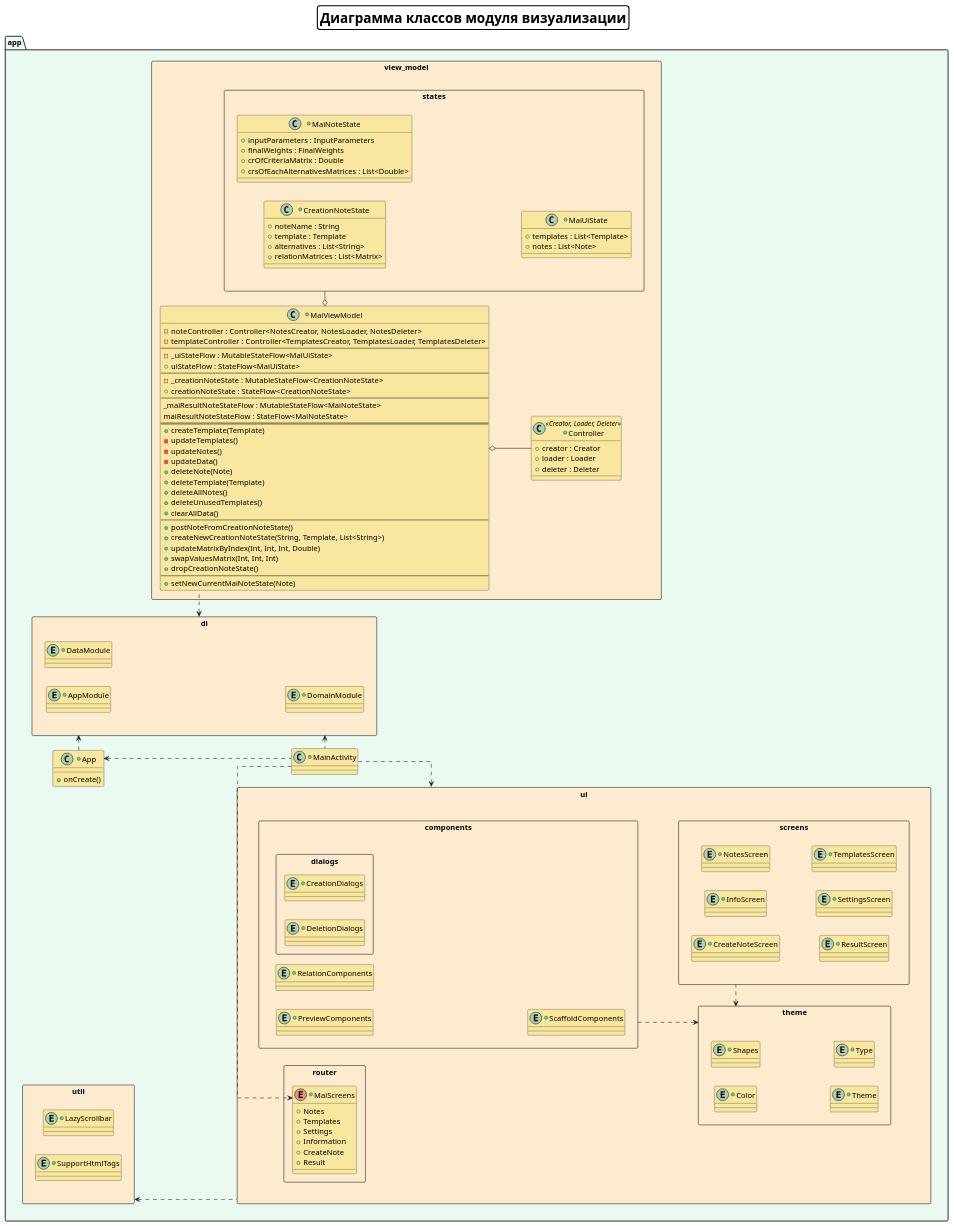
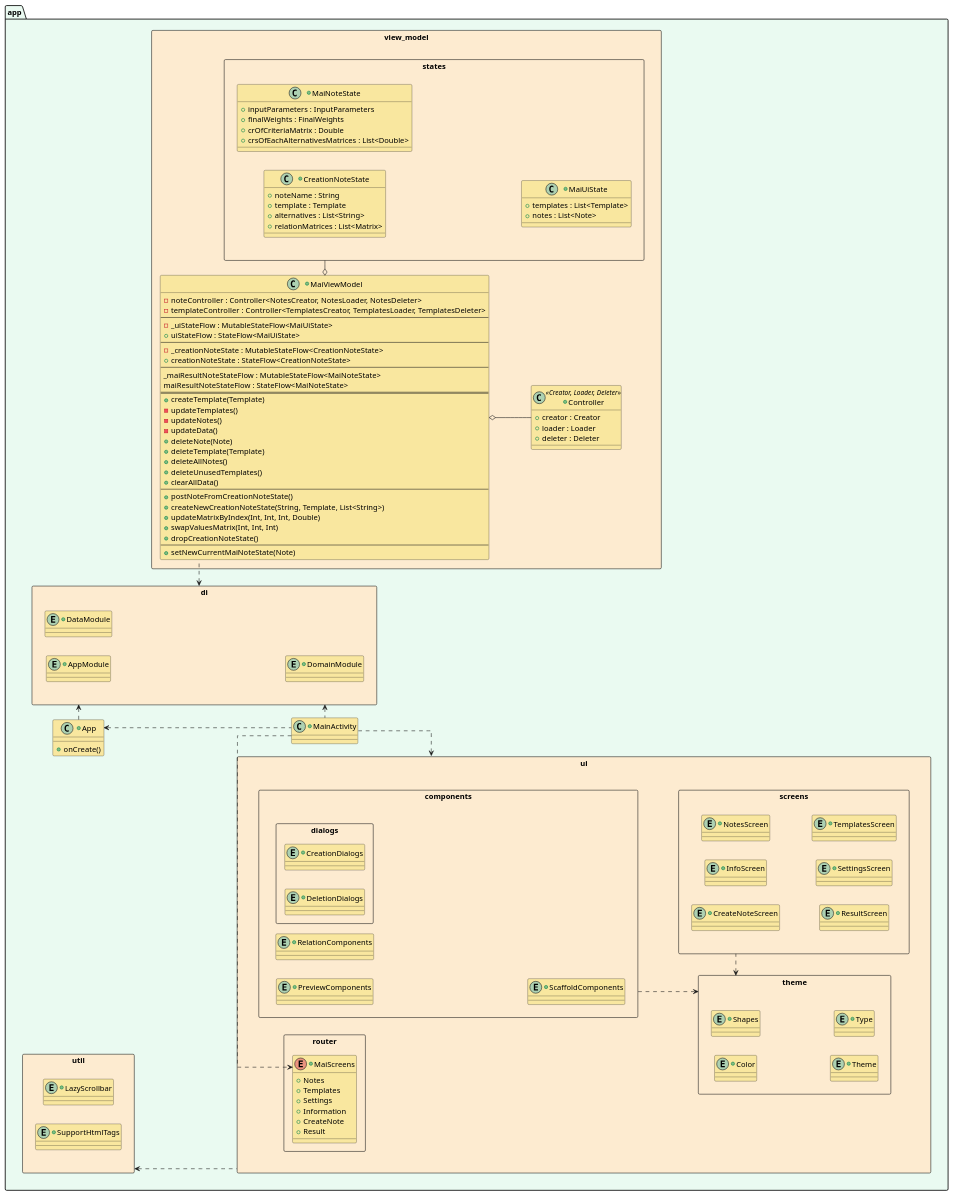
One commit to ethernet389/MAI-2 changed the diagram in diagrams/architecture/app.puml. Above: the diagram before and after it, drawn with PlantUML. The commit also changed 11 other files, not shown here.

Commit message:
Add compiled puml diagrams

```diff
--- a/diagrams/architecture/app.puml
+++ b/diagrams/architecture/app.puml
@@ -1,184 +1,179 @@
 @startuml
 
 left to right direction
 skinparam linetype ortho
 skinparam titleBorderRoundCorner 10
 skinparam titleBorderThickness 2
 skinparam titleBorderColor black
-skinparam titleFontSize 25
 
 skinparam PackageBackgroundColor #EAFAF1
 skinparam RectangleBackgroundColor #FDEBD0
 skinparam ClassBackgroundColor #F9E79F
-
-title
-    Диаграмма классов модуля визуализации
-end title
 
 package app {
 rectangle ui {
         rectangle components {
             rectangle dialogs {
                 +entity CreationDialogs {
                 }
 
                 +entity DeletionDialogs {
                 }
             }
 
             +entity PreviewComponents {
             }
 
             +entity RelationComponents {
             }
 
             +entity ScaffoldComponents {
             }
         }
 
         rectangle router {
             +enum MaiScreens {
                 +Notes
                 +Templates
                 +Settings
                 +Information
                 +CreateNote
                 +Result
             }
         }
 
         rectangle screens {
             +entity CreateNoteScreen {
             }
 
             +entity InfoScreen {
             }
 
             +entity NotesScreen {
             }
 
             +entity ResultScreen {
             }
 
             +entity SettingsScreen {
             }
 
             +entity TemplatesScreen {
             }
         }
 
         rectangle theme {
             +entity Color {
             }
 
             +entity Shapes {
             }
 
             +entity Theme {
             }
 
             +entity Type {
             }
         }
     }
 
     rectangle di {
         +entity AppModule {
         }
         +entity DataModule {
         }
         +entity DomainModule {
         }
 
     }
 
     rectangle util {
         +entity LazyScrollbar {
         }
 
         +entity SupportHtmlTags {
         }
     }
 
     rectangle view_model {
         rectangle states {
             +class CreationNoteState {
                 +noteName : String
                 +template : Template
                 +alternatives : List<String>
                 +relationMatrices : List<Matrix>
             }
 
             +class MaiNoteState {
                 +inputParameters : InputParameters
                 +finalWeights : FinalWeights
                 +crOfCriteriaMatrix : Double
                 +crsOfEachAlternativesMatrices : List<Double>
             }
 
             +class MaiUiState {
                 +templates : List<Template>
                 +notes : List<Note>
             }
         }
 
         +class Controller<<Creator, Loader, Deleter>> {
             +creator : Creator
             +loader : Loader
             +deleter : Deleter
         }
 
         +class MaiViewModel {
             -noteController : Controller<NotesCreator, NotesLoader, NotesDeleter>
             -templateController : Controller<TemplatesCreator, TemplatesLoader, TemplatesDeleter>
             --
             -_uiStateFlow : MutableStateFlow<MaiUiState>
             + uiStateFlow : StateFlow<MaiUiState>
             --
             -_creationNoteState : MutableStateFlow<CreationNoteState>
             +creationNoteState : StateFlow<CreationNoteState>
             --
             _maiResultNoteStateFlow : MutableStateFlow<MaiNoteState>
             maiResultNoteStateFlow : StateFlow<MaiNoteState>
             ==
             +createTemplate(Template)
             -updateTemplates()
             -updateNotes()
             -updateData()
             +deleteNote(Note)
             +deleteTemplate(Template)
             +deleteAllNotes()
             +deleteUnusedTemplates()
             +clearAllData()
             --
             +postNoteFromCreationNoteState()
             +createNewCreationNoteState(String, Template, List<String>)
             +updateMatrixByIndex(Int, Int, Int, Double)
             +swapValuesMatrix(Int, Int, Int)
             +dropCreationNoteState()
             --
             +setNewCurrentMaiNoteState(Note)
         }
     }
 
     +class App {
         +onCreate()
     }
 
     +class MainActivity {
     }
 }
 
 theme <..r screens
 theme <..u components
 App <.. MainActivity
 App ..r> di
 util <.. ui
 di <.. MainActivity
 di <.. MaiViewModel
 ui <.. MainActivity
 Controller --uo MaiViewModel
 states --lo MaiViewModel
 MaiScreens <..l MainActivity
 
 @enduml
```
